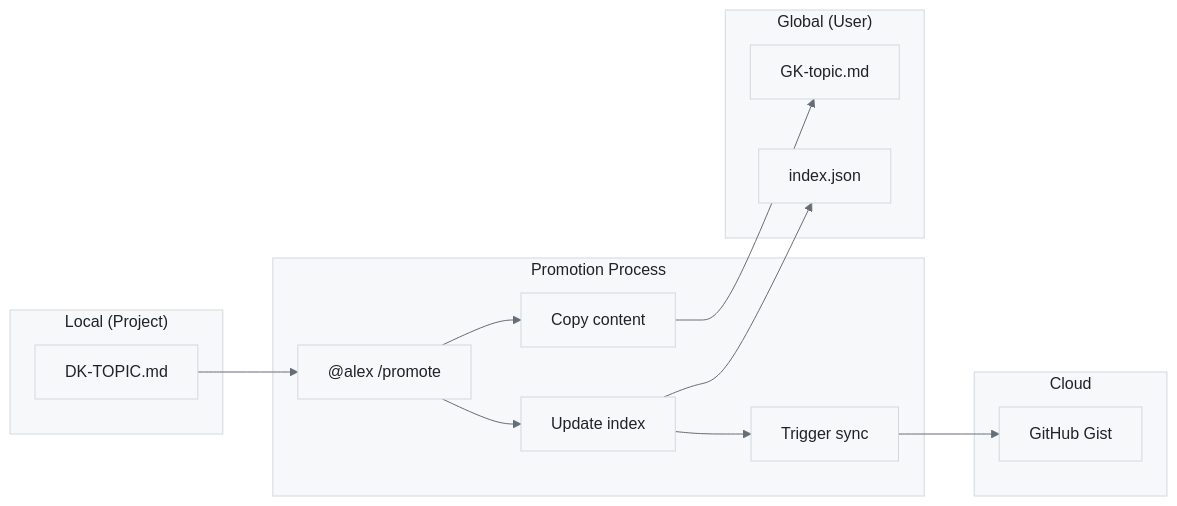
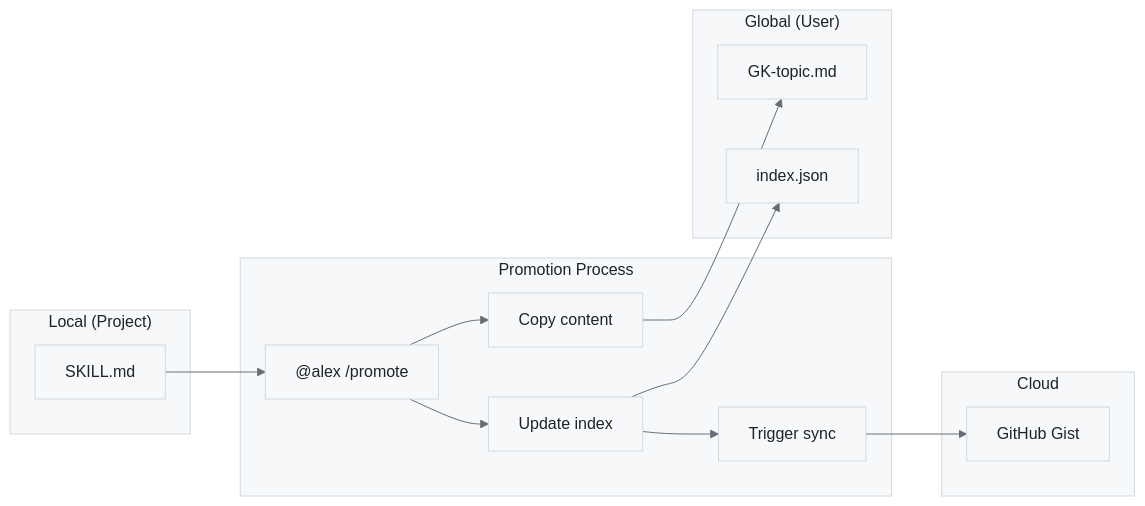
One commit to fabioc-aloha/Alex_Plug_In changed the fourth of 4 diagrams in alex_docs/MEMORY-SYSTEMS.md. Above: the diagram before and after it, drawn with Mermaid. The commit also changed other lines of this file and 158 other files, not shown here.

First line of the commit message:
docs: Epic architecture consistency update (v3.7.3)

````diff
--- a/alex_docs/MEMORY-SYSTEMS.md
+++ b/alex_docs/MEMORY-SYSTEMS.md
@@ -359,31 +367,31 @@
 ```mermaid
 %%{init: {'theme': 'base', 'themeVariables': { 'primaryColor': '#f6f8fa', 'primaryTextColor': '#1f2328', 'primaryBorderColor': '#d1d9e0', 'lineColor': '#656d76', 'secondaryColor': '#f6f8fa', 'tertiaryColor': '#ffffff', 'background': '#ffffff', 'mainBkg': '#f6f8fa', 'nodeBorder': '#d1d9e0', 'clusterBkg': '#f6f8fa', 'clusterBorder': '#d1d9e0', 'titleColor': '#1f2328', 'edgeLabelBackground': '#ffffff'}}}%%
 flowchart LR
     subgraph "Local (Project)"
-        DK[DK-TOPIC.md]
+        SK[SKILL.md]
     end
 
     subgraph "Promotion Process"
         CMD["@alex /promote"]
         COPY[Copy content]
         INDEX[Update index]
         SYNC[Trigger sync]
     end
 
     subgraph "Global (User)"
         GK[GK-topic.md]
         IDX[index.json]
     end
 
     subgraph "Cloud"
         GIST[GitHub Gist]
     end
 
-    DK --> CMD
+    SK --> CMD
     CMD --> COPY
     COPY --> GK
     CMD --> INDEX
     INDEX --> IDX
     INDEX --> SYNC
     SYNC --> GIST
 ```
````
